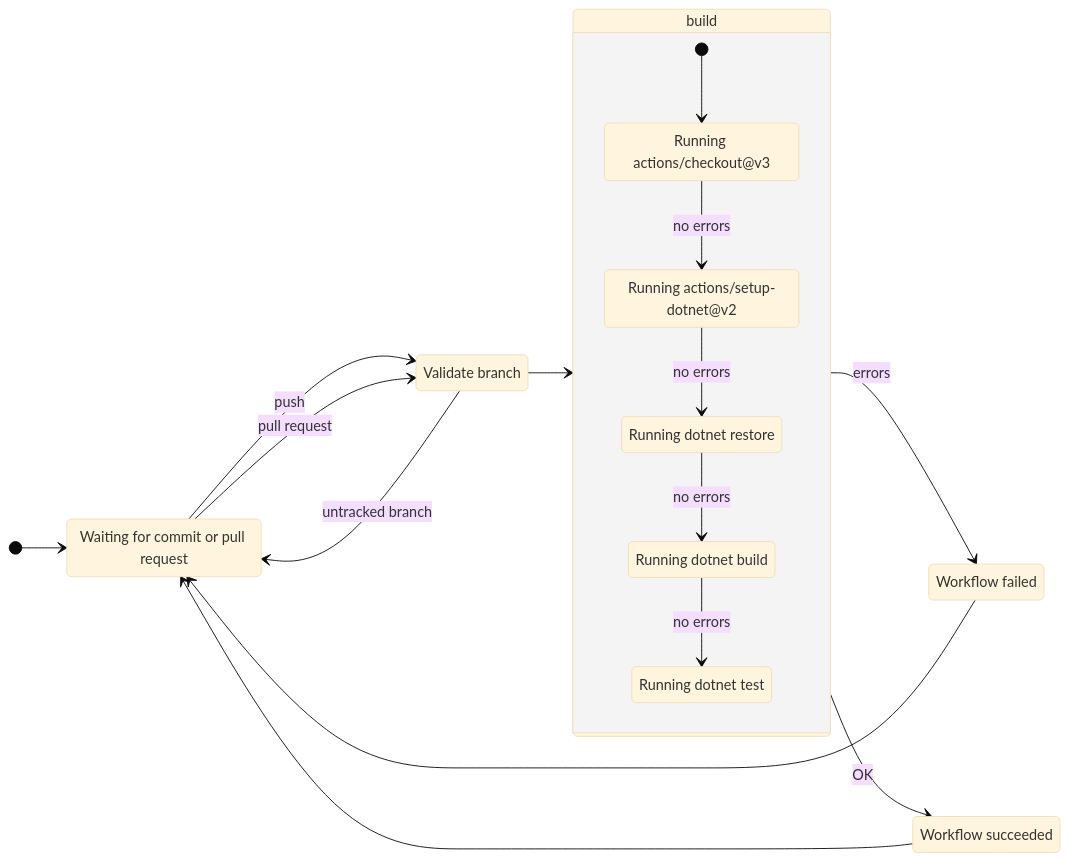
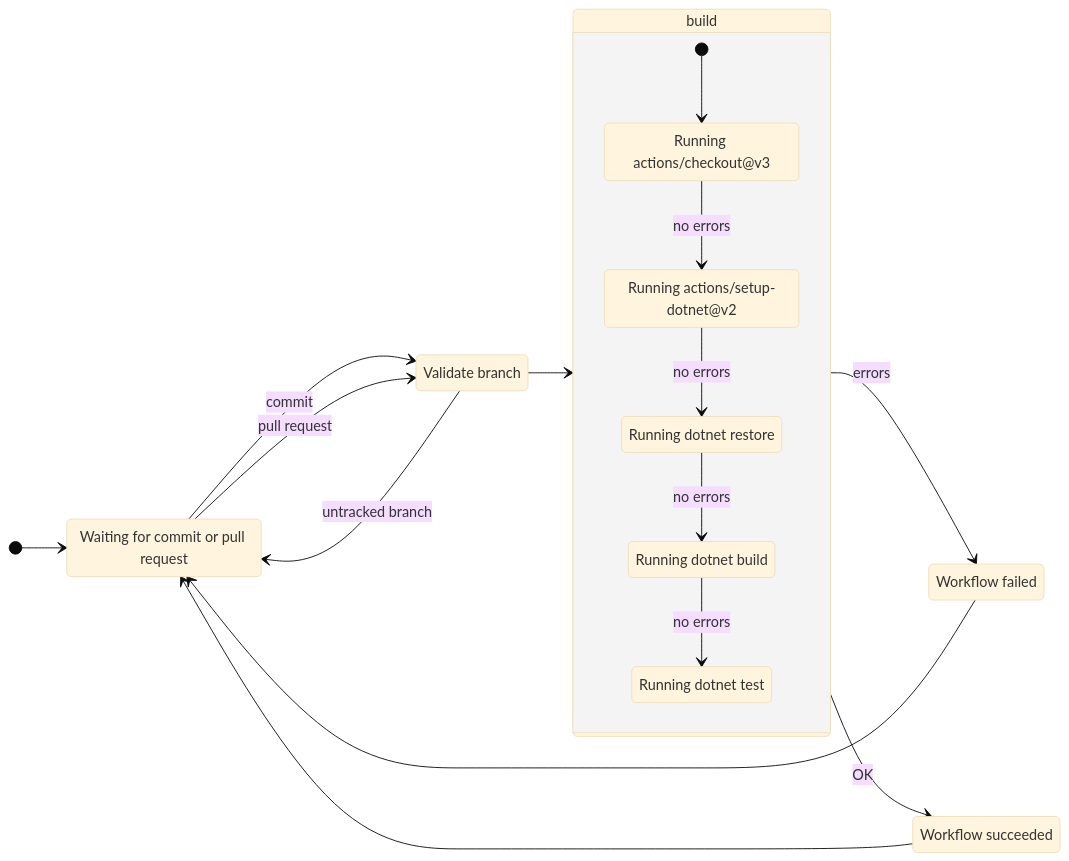
One commit to VictoriousAnnro/assignment-03 changed the diagram in doc/exercise3.md. Above: the diagram before and after it, drawn with Mermaid (base theme). The commit also changed 5 other files, not shown here.

````diff
--- a/doc/exercise3.md
+++ b/doc/exercise3.md
@@ -1,29 +1,29 @@
 ```mermaid
 stateDiagram
 	direction LR
 	state "Waiting for commit or pull request" as wait_for_commit
 	state "Validate branch" as validate_branch
 	state "Running actions/checkout@v3" as checkout
 	state "Running actions/setup-dotnet@v2" as setup_dotnet
 	state "Running dotnet restore" as dotnet_restore
 	state "Running dotnet build" as dotnet_build
 	state "Running dotnet test" as dotnet_test
 	state "Workflow failed" as failed
 	state "Workflow succeeded" as success
 	[*] --> wait_for_commit
-	wait_for_commit --> validate_branch: push
+	wait_for_commit --> validate_branch: commit 
 	wait_for_commit --> validate_branch: pull request
 	validate_branch --> wait_for_commit: untracked branch
 	validate_branch --> build
 	state build {
 		[*] --> checkout
 		checkout --> setup_dotnet: no errors
 		setup_dotnet --> dotnet_restore: no errors
 		dotnet_restore --> dotnet_build: no errors
 		dotnet_build --> dotnet_test: no errors
 	}
 	build --> failed: errors
 	build --> success: OK
 	failed --> wait_for_commit
 	success --> wait_for_commit
 ```
````
